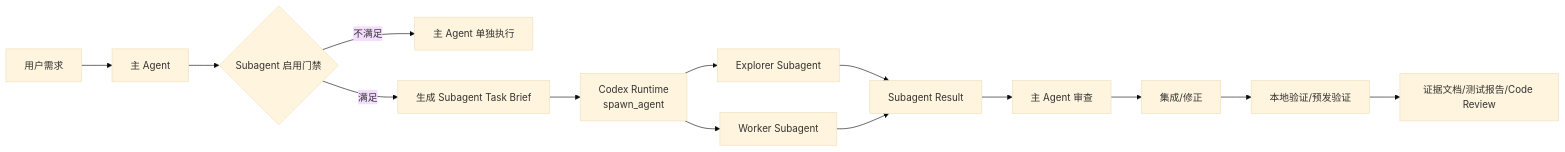
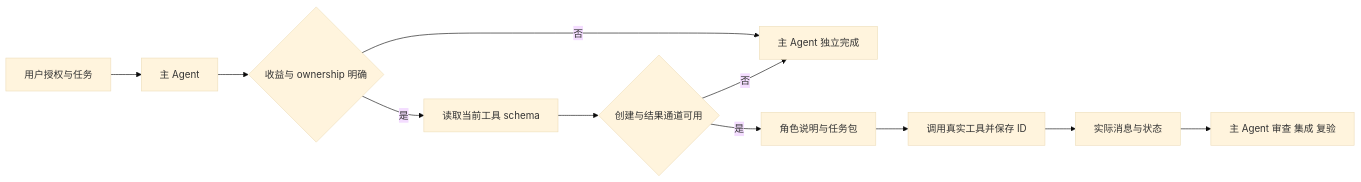
The diagram in plugins/opc-skills/skills/opc-skills/docs/subagent-runtime-invocation-design.md (BiuBiuHu/opc-skills), drawn with Mermaid (base theme) before and after one commit. The commit also changed other lines of this file and 44 other files, not shown here.

````diff
--- a/plugins/opc-skills/skills/opc-skills/docs/subagent-runtime-invocation-design.md
+++ b/plugins/opc-skills/skills/opc-skills/docs/subagent-runtime-invocation-design.md
@@ -36,20 +7,13 @@
 ```mermaid
 flowchart LR
-  U[用户需求] --> M[主 Agent]
-  M --> S{Subagent 启用门禁}
-
-  S -->|不满足| MOnly[主 Agent 单独执行]
-  S -->|满足| Brief[生成 Subagent Task Brief]
-
-  Brief --> Spawn[Codex Runtime<br/>spawn_agent]
-  Spawn --> A1[Explorer Subagent]
-  Spawn --> A2[Worker Subagent]
-
-  A1 --> Result[Subagent Result]
-  A2 --> Result
-
-  Result --> Review[主 Agent 审查]
-  Review --> Integrate[集成/修正]
-  Integrate --> Verify[本地验证/预发验证]
-  Verify --> Docs[证据文档/测试报告/Code Review]
+  U[用户授权与任务] --> M[主 Agent]
+  M --> G{收益与 ownership 明确}
+  G -->|否| Solo[主 Agent 独立完成]
+  G -->|是| D[读取当前工具 schema]
+  D --> C{创建与结果通道可用}
+  C -->|否| Solo
+  C -->|是| B[角色说明与任务包]
+  B --> A[调用真实工具并保存 ID]
+  A --> R[实际消息与状态]
+  R --> V[主 Agent 审查 集成 复验]
 ```
````
